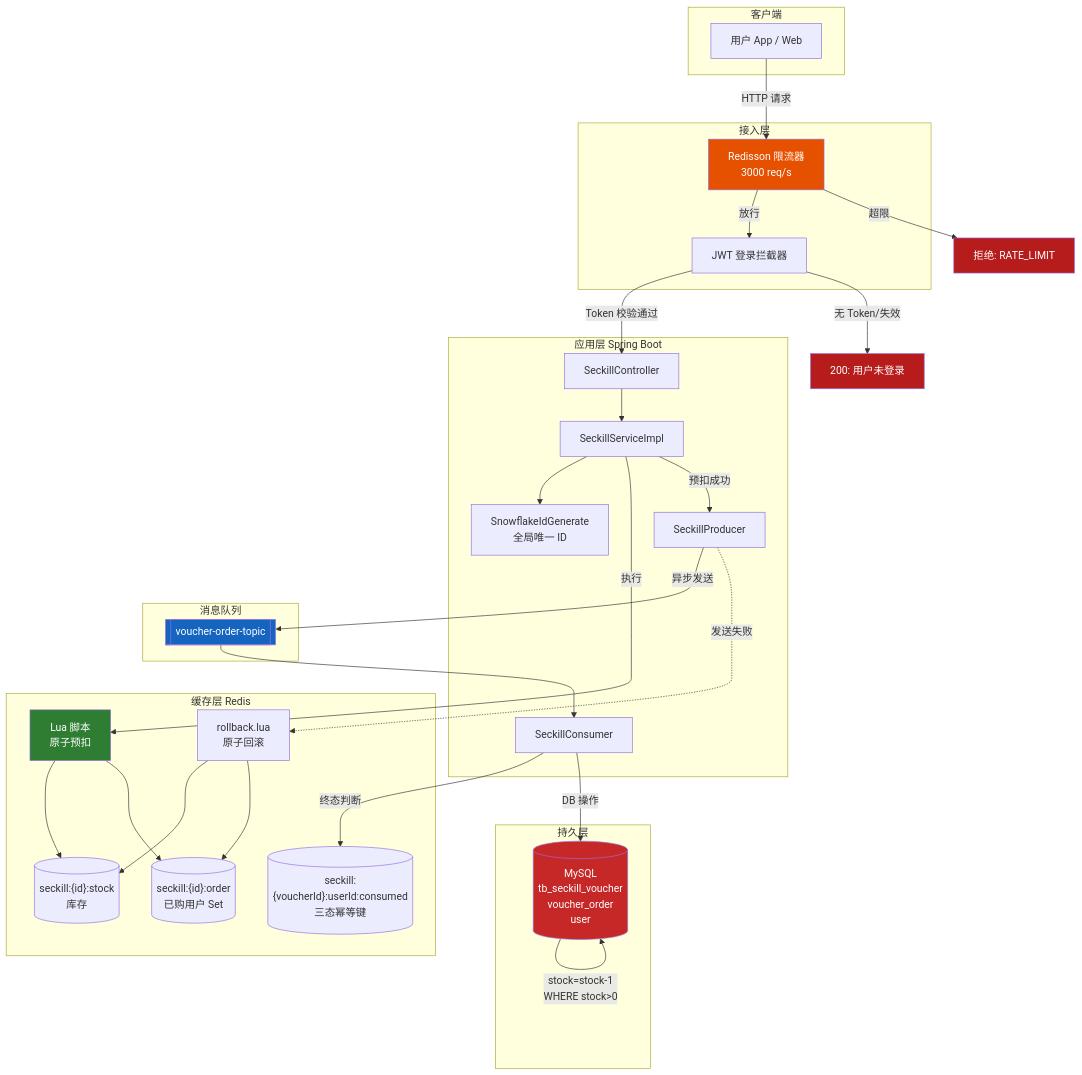
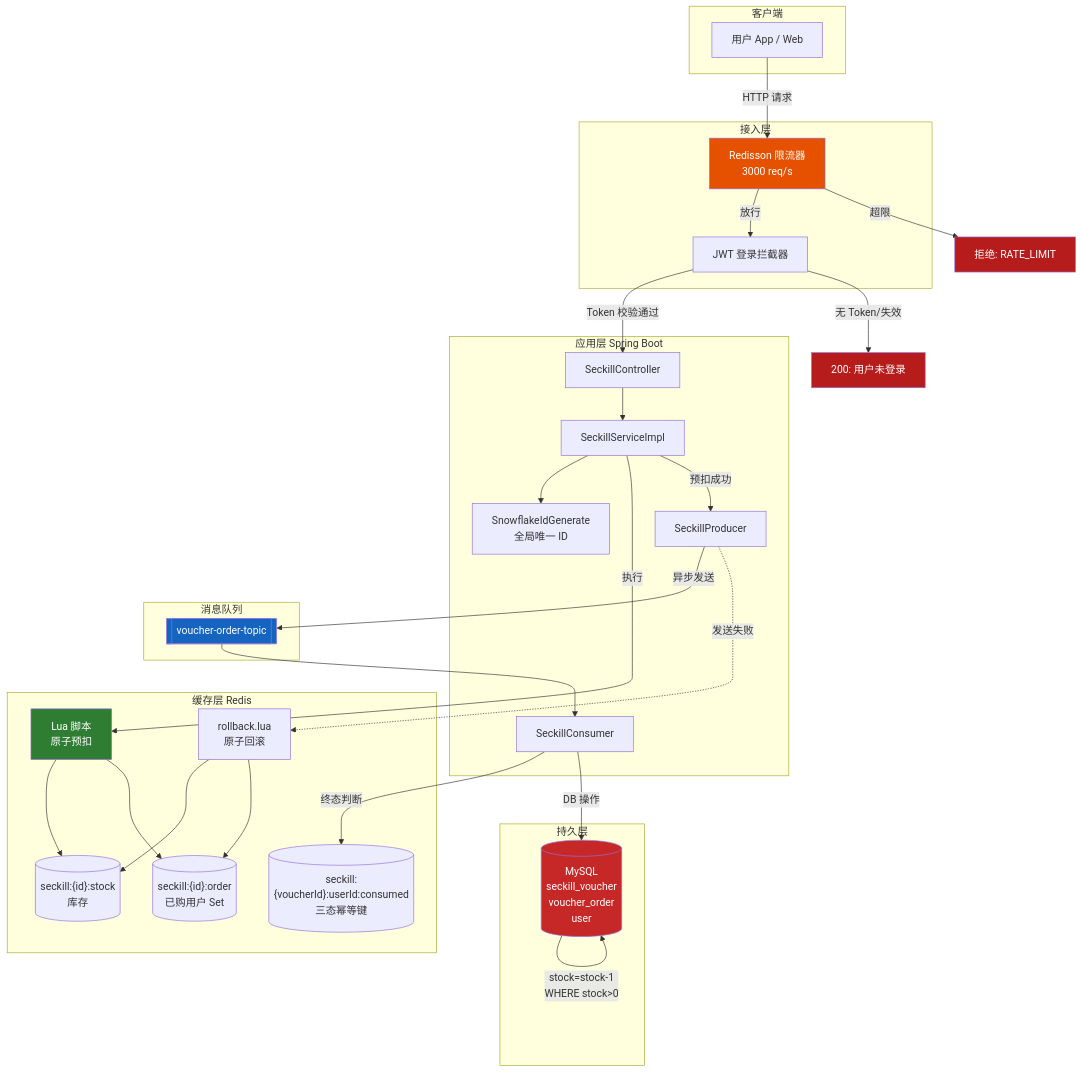
One commit to Shardkiht/FlashDeal changed the first of 3 diagrams in README.md. Above: the diagram before and after it, drawn with Mermaid. The commit also changed other lines of this file and 14 other files, not shown here.

````diff
--- a/README.md
+++ b/README.md
@@ -107,64 +108,64 @@
 ```mermaid
 flowchart TB
     subgraph Client["客户端"]
         U["用户 App / Web"]
     end
 
     subgraph Gateway["接入层"]
         RL["Redisson 限流器<br/>3000 req/s"]
         LI["JWT 登录拦截器"]
     end
 
     subgraph App["应用层 Spring Boot"]
         CTRL["SeckillController"]
         SVC["SeckillServiceImpl"]
         IDG["SnowflakeIdGenerate<br/>全局唯一 ID"]
         PROD["SeckillProducer"]
         CONS["SeckillConsumer"]
     end
 
     subgraph Cache["缓存层 Redis"]
         STOCK[("seckill:{id}:stock<br/>库存")]
         ORDER[("seckill:{id}:order<br/>已购用户 Set")]
         IDEM[("seckill:{voucherId}:userId:consumed<br/>三态幂等键")]
 
         LUA["Lua 脚本<br/>原子预扣"]
         RBLUA["rollback.lua<br/>原子回滚"]
     end
 
     subgraph MQ["消息队列"]
         TOPIC[["voucher-order-topic"]]
     end
 
     subgraph DB["持久层"]
-        MYSQL[("MySQL<br/>tb_seckill_voucher<br/>voucher_order<br/>user")]
+        MYSQL[("MySQL<br/>seckill_voucher<br/>voucher_order<br/>user")]
     end
 
     U -->|HTTP 请求| RL
     RL -->|放行| LI
     RL -->|超限| REJ["拒绝: RATE_LIMIT"]
     LI -->|Token 校验通过| CTRL
     LI -->|无 Token/失效| UNAUTH["200: 用户未登录"]
     CTRL --> SVC
     SVC --> IDG
 
     SVC -->|执行| LUA
     LUA --> STOCK
     LUA --> ORDER
     SVC -->|预扣成功| PROD
     PROD -->|异步发送| TOPIC
     PROD -.->|发送失败| RBLUA
     RBLUA --> STOCK
     RBLUA --> ORDER
     TOPIC --> CONS
     CONS -->|终态判断| IDEM
     CONS -->|DB 操作| MYSQL
     MYSQL -->|stock=stock-1<br/>WHERE stock>0| MYSQL
 
     style RL fill:#e65100,color:#fff
     style LUA fill:#2e7d32,color:#fff
     style TOPIC fill:#1565c0,color:#fff
     style MYSQL fill:#c62828,color:#fff
     style REJ fill:#b71c1c,color:#fff
     style UNAUTH fill:#b71c1c,color:#fff
 ```
````
